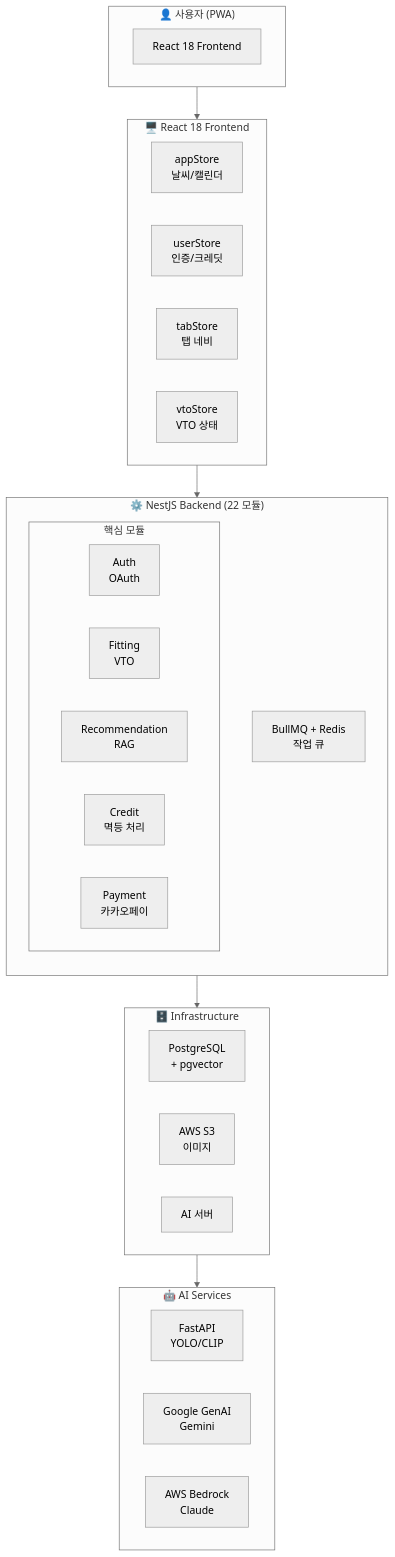
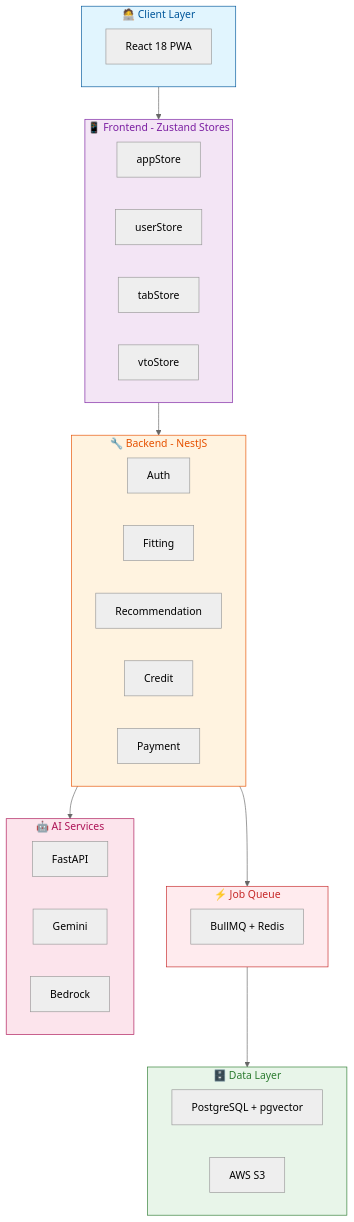
The first of 4 diagrams in README.md (ForgingWeapon-JG11-Team4/closzIT), drawn with Mermaid (neutral theme) before and after one commit. The commit also changed other lines of this file, not shown here.

Commit message:
docs: Mermaid 다이어그램 스타일 개선 - 색상 추가

````diff
--- a/README.md
+++ b/README.md
@@ -37,46 +37,53 @@
 ```mermaid
 flowchart TB
-    subgraph Client["👤 사용자 (PWA)"]
-        PWA[React 18 Frontend]
+    subgraph Client["🧑‍💻 Client Layer"]
+        PWA["React 18 PWA"]
     end
 
-    subgraph Frontend["🖥️ React 18 Frontend"]
+    subgraph Frontend["📱 Frontend - Zustand Stores"]
         direction LR
-        appStore["appStore<br/>날씨/캘린더"]
-        userStore["userStore<br/>인증/크레딧"]
-        tabStore["tabStore<br/>탭 네비"]
-        vtoStore["vtoStore<br/>VTO 상태"]
+        appStore["appStore"]
+        userStore["userStore"]
+        tabStore["tabStore"]
+        vtoStore["vtoStore"]
     end
 
-    subgraph Backend["⚙️ NestJS Backend (22 모듈)"]
-        direction TB
-        subgraph Modules["핵심 모듈"]
-            direction LR
-            Auth["Auth<br/>OAuth"]
-            Fitting["Fitting<br/>VTO"]
-            Recommendation["Recommendation<br/>RAG"]
-            Credit["Credit<br/>멱등 처리"]
-            Payment["Payment<br/>카카오페이"]
-        end
-        Queue["BullMQ + Redis<br/>작업 큐"]
+    subgraph Backend["🔧 Backend - NestJS"]
+        direction LR
+        Auth["Auth"]
+        Fitting["Fitting"]
+        Rec["Recommendation"]
+        Credit["Credit"]
+        Payment["Payment"]
     end
 
-    subgraph Infra["🗄️ Infrastructure"]
+    subgraph Queue["⚡ Job Queue"]
+        BullMQ["BullMQ + Redis"]
+    end
+
+    subgraph Database["🗄️ Data Layer"]
         direction LR
-        PostgreSQL["PostgreSQL<br/>+ pgvector"]
-        S3["AWS S3<br/>이미지"]
-        AIServer["AI 서버"]
+        PG["PostgreSQL + pgvector"]
+        S3["AWS S3"]
     end
 
     subgraph AI["🤖 AI Services"]
         direction LR
-        FastAPI["FastAPI<br/>YOLO/CLIP"]
-        Gemini["Google GenAI<br/>Gemini"]
-        Bedrock["AWS Bedrock<br/>Claude"]
+        FastAPI["FastAPI"]
+        Gemini["Gemini"]
+        Bedrock["Bedrock"]
     end
 
     Client --> Frontend
     Frontend --> Backend
-    Backend --> Infra
-    AIServer --> AI
+    Backend --> Queue
+    Queue --> Database
+    Backend --> AI
+
+    style Client fill:#e1f5fe,stroke:#01579b,color:#01579b
+    style Frontend fill:#f3e5f5,stroke:#7b1fa2,color:#7b1fa2
+    style Backend fill:#fff3e0,stroke:#e65100,color:#e65100
+    style Queue fill:#ffebee,stroke:#c62828,color:#c62828
+    style Database fill:#e8f5e9,stroke:#2e7d32,color:#2e7d32
+    style AI fill:#fce4ec,stroke:#ad1457,color:#ad1457
 ```
````
